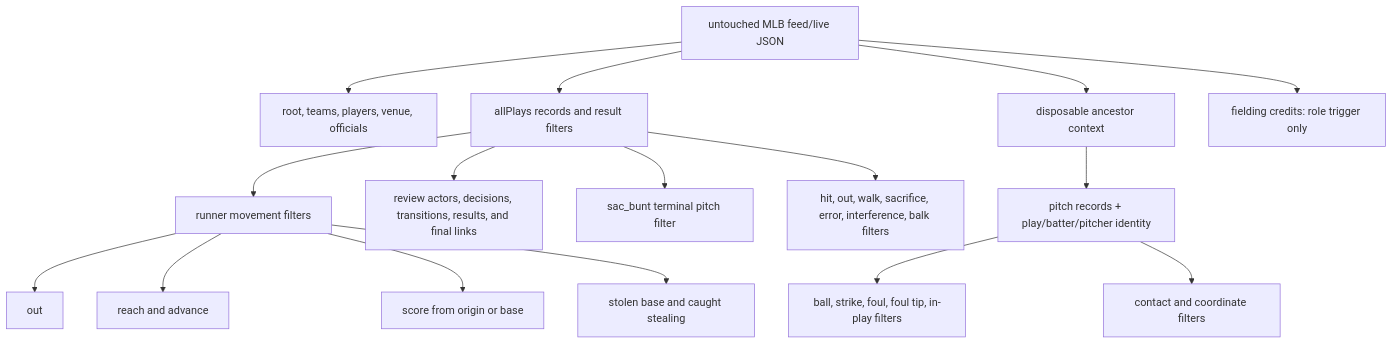
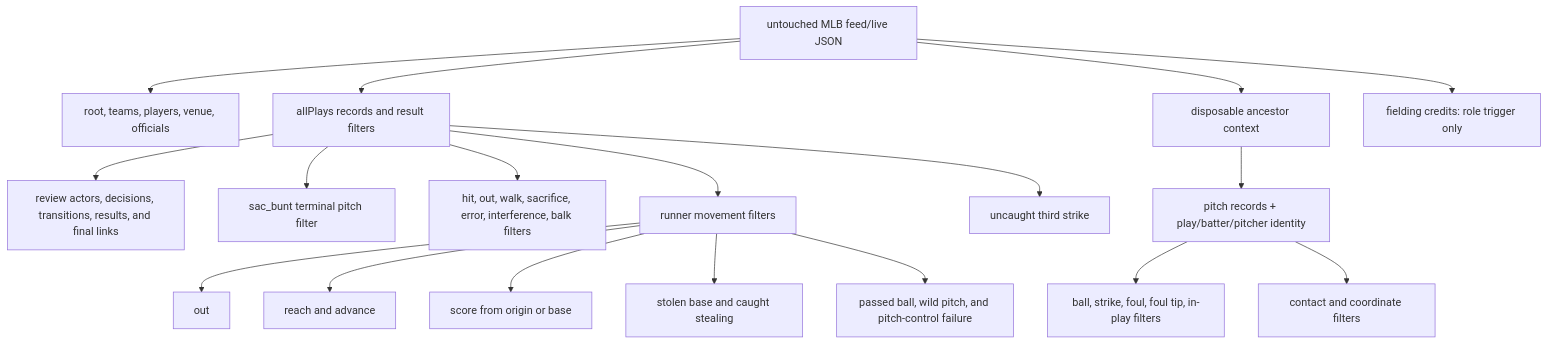
The diagram in Baseball/mermaid/02-logical-sources.md (CarterBeauBenson/BaseballO), drawn with Mermaid before and after one commit. The commit also changed other lines of this file and 461 other files, not shown here.

````diff
--- a/Baseball/mermaid/02-logical-sources.md
+++ b/Baseball/mermaid/02-logical-sources.md
@@ -3,18 +3,20 @@
 ```mermaid
 flowchart TD
     RAW["untouched MLB feed/live JSON"] --> ROOT["root, teams, players, venue, officials"]
     RAW --> PLAY["allPlays records and result filters"]
     RAW --> CTX["disposable ancestor context"]
     CTX --> PITCH["pitch records + play/batter/pitcher identity"]
     PITCH --> CALL["ball, strike, foul, foul tip, in-play filters"]
     PITCH --> PHYSICAL["contact and coordinate filters"]
     PLAY --> REVIEW["review actors, decisions, transitions, results, and final links"]
     PLAY --> BUNT["sac_bunt terminal pitch filter"]
     PLAY --> RESULT["hit, out, walk, sacrifice, error, interference, balk filters"]
     PLAY --> RUNNER["runner movement filters"]
     RUNNER --> OUT["out"]
     RUNNER --> SAFE["reach and advance"]
     RUNNER --> RUN["score from origin or base"]
     RUNNER --> STEAL["stolen base and caught stealing"]
+    RUNNER --> CONTROL["passed ball, wild pitch, and pitch-control failure"]
+    PLAY --> UTS["uncaught third strike"]
     RAW --> FIELDING["fielding credits: role trigger only"]
 ```
````
